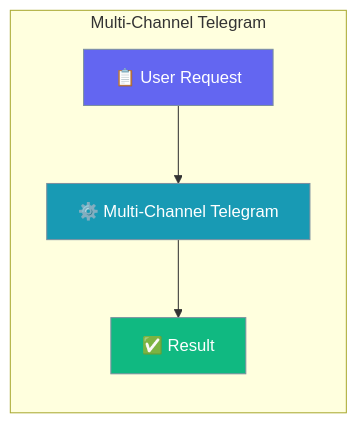
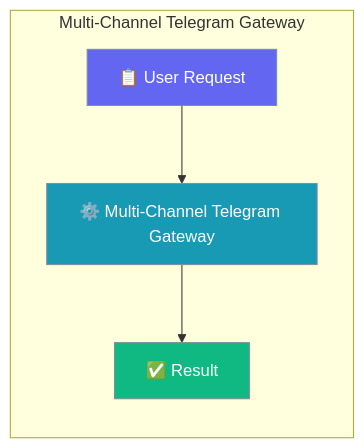
Before and after one commit to MervinPraison/PraisonAIDocs: the first of 4 diagrams in docs/features/gateway-telegram-multichannel.mdx, drawn with Mermaid. The commit also changed 45 other files, not shown here.

First line of the commit message:
docs: fix truncated Mermaid diagram feature names (22-char cutoff)

````diff
--- a/docs/features/gateway-telegram-multichannel.mdx
+++ b/docs/features/gateway-telegram-multichannel.mdx
@@ -8,15 +8,15 @@
 ```mermaid
 graph LR
-    subgraph "Multi-Channel Telegram"
-        Request[📋 User Request] --> Process[⚙️ Multi-Channel Telegram]
+    subgraph "Multi-Channel Telegram Gateway"
+        Request[📋 User Request] --> Process[⚙️ Multi-Channel Telegram Gateway]
         Process --> Result[✅ Result]
     end
 
     classDef input fill:#6366F1,stroke:#7C90A0,color:#fff
     classDef process fill:#189AB4,stroke:#7C90A0,color:#fff
     classDef output fill:#10B981,stroke:#7C90A0,color:#fff
 
     class Request input
     class Process process
     class Result output
 ```
````
